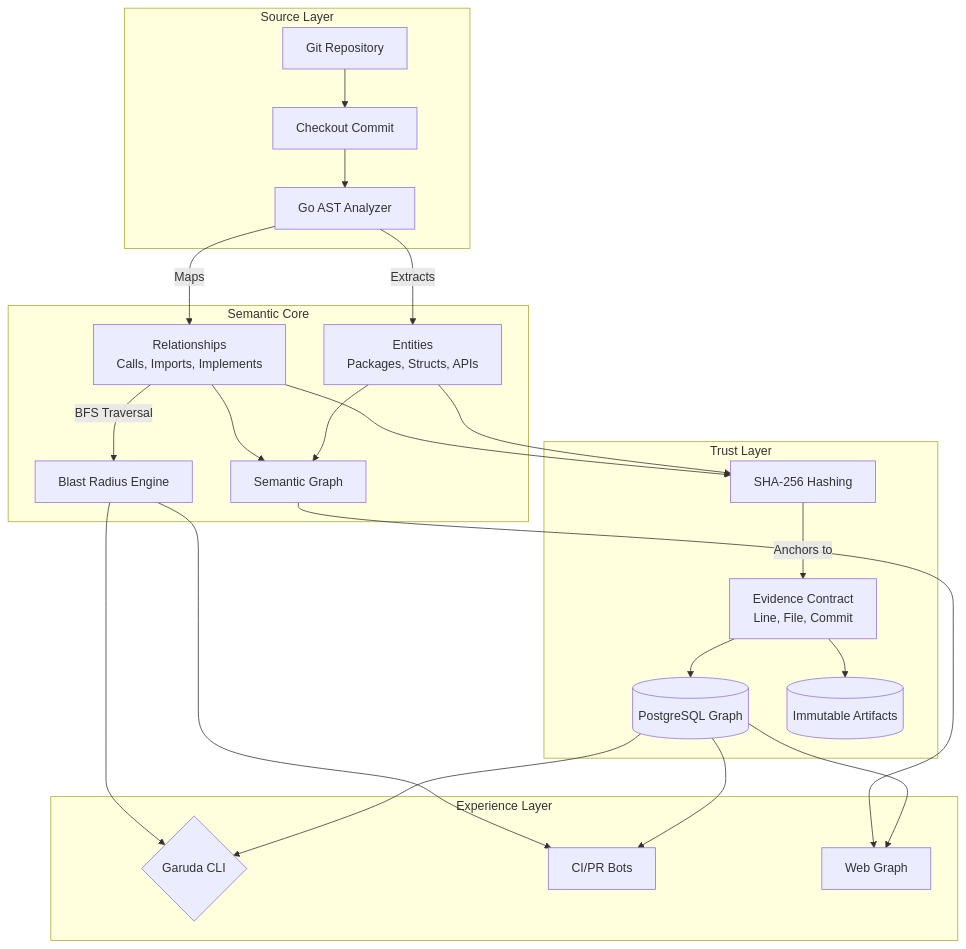
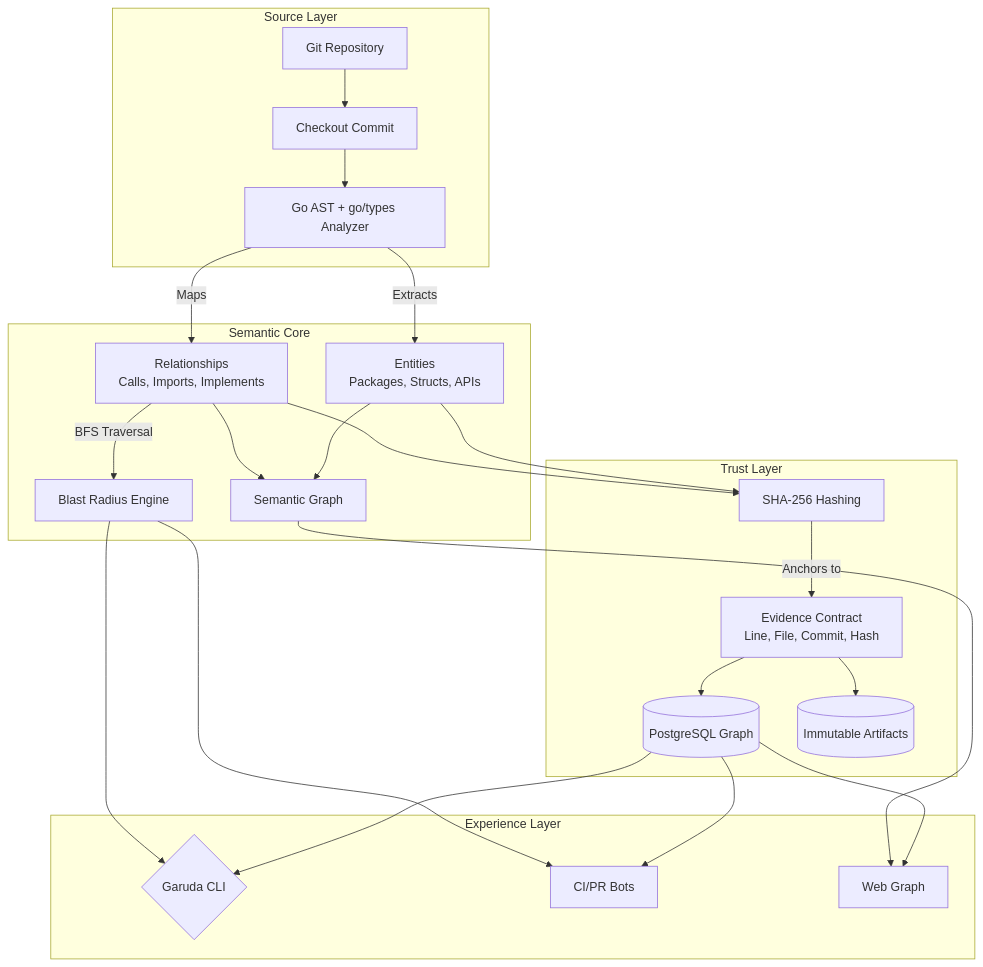
One commit to myshra777-ai/garuda changed the third of 4 diagrams in README.md. Above: the diagram before and after it, drawn with Mermaid. The commit also changed other lines of this file, not shown here.

First line of the commit message:
docs: update README with 20-fixture benchmark results and refined architecture

````diff
--- a/README.md
+++ b/README.md
@@ -238,32 +213,29 @@
 ```mermaid
 graph TD
     subgraph Source["Source Layer"]
         Git[Git Repository] --> Checkout[Checkout Commit]
-        Checkout --> AST[Go AST Analyzer]
+        Checkout --> AST[Go AST + go/types Analyzer]
     end
-
     subgraph Semantic["Semantic Core"]
         AST --> |Extracts| E[Entities<br/>Packages, Structs, APIs]
         AST --> |Maps| R[Relationships<br/>Calls, Imports, Implements]
         R --> |BFS Traversal| Impact[Blast Radius Engine]
         E --> Graph[Semantic Graph]
         R --> Graph
     end
-
     subgraph Trust["Trust Layer"]
         E --> Hash[SHA-256 Hashing]
         R --> Hash
-        Hash --> |Anchors to| Ev[Evidence Contract<br/>Line, File, Commit]
+        Hash --> |Anchors to| Ev[Evidence Contract<br/>Line, File, Commit, Hash]
         Ev --> Postgres[(PostgreSQL Graph)]
         Ev --> JSONB[(Immutable Artifacts)]
     end
-
     subgraph Experience["Experience Layer"]
         Postgres --> CLI{Garuda CLI}
         Postgres --> CI[CI/PR Bots]
         Postgres --> GUI[Web Graph]
         Impact --> CLI
         Impact --> CI
         Graph --> GUI
     end
 ```
````
